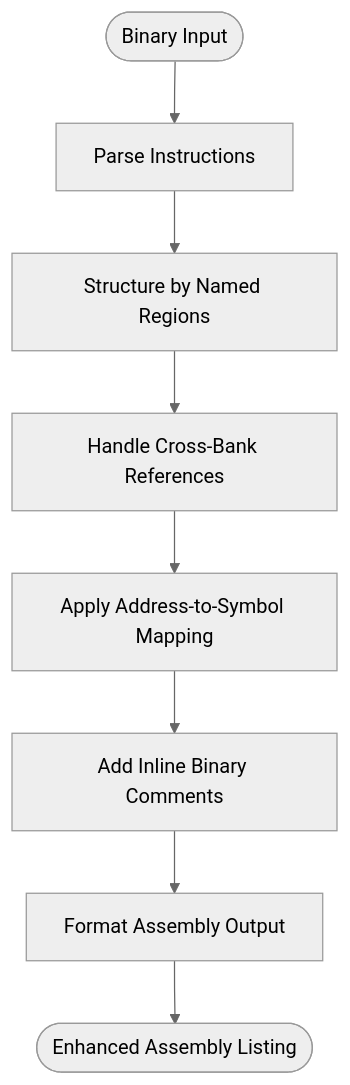
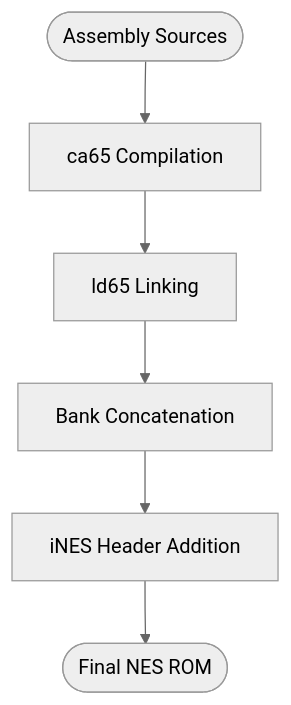
One commit to rabbyzero/sango2dasm changed the third of 4 diagrams in .qoder/repowiki/en/content/Build System and Tools/Build System and Tools.md. Above: the diagram before and after it, drawn with Mermaid (neutral theme). The commit also changed other lines of this file and 7 other files, not shown here.

````diff
--- a/.qoder/repowiki/en/content/Build System and Tools/Build System and Tools.md
+++ b/.qoder/repowiki/en/content/Build System and Tools/Build System and Tools.md
@@ -1471,10 +339,8 @@
 ```mermaid
 flowchart TD
-Start(["Binary Input"]) --> Parse["Parse Instructions"]
-Parse --> Structure["Structure by Named Regions"]
-Structure --> CrossRef["Handle Cross-Bank References"]
-CrossRef --> LabelMap["Apply Address-to-Symbol Mapping"]
-LabelMap --> Comment["Add Inline Binary Comments"]
-Comment --> Format["Format Assembly Output"]
-Format --> End(["Enhanced Assembly Listing"])
+Start(["Assembly Sources"]) --> Assemble["ca65 Compilation"]
+Assemble --> Link["ld65 Linking"]
+Link --> Concat["Bank Concatenation"]
+Concat --> Header["iNES Header Addition"]
+Header --> Output(["Final NES ROM"])
 ```
````
